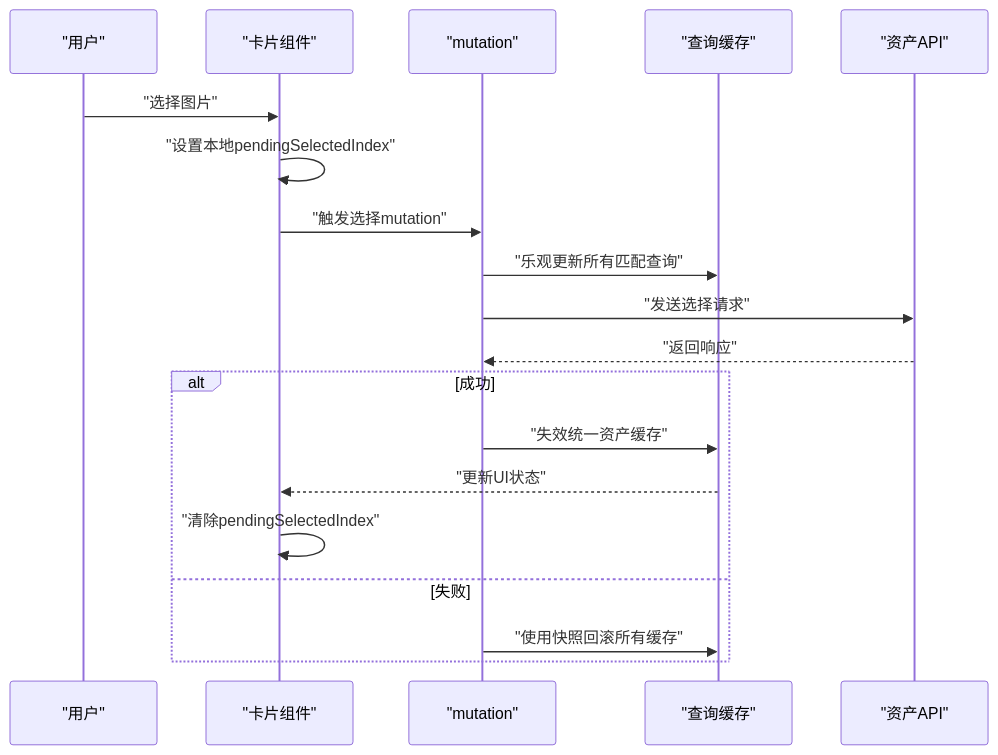
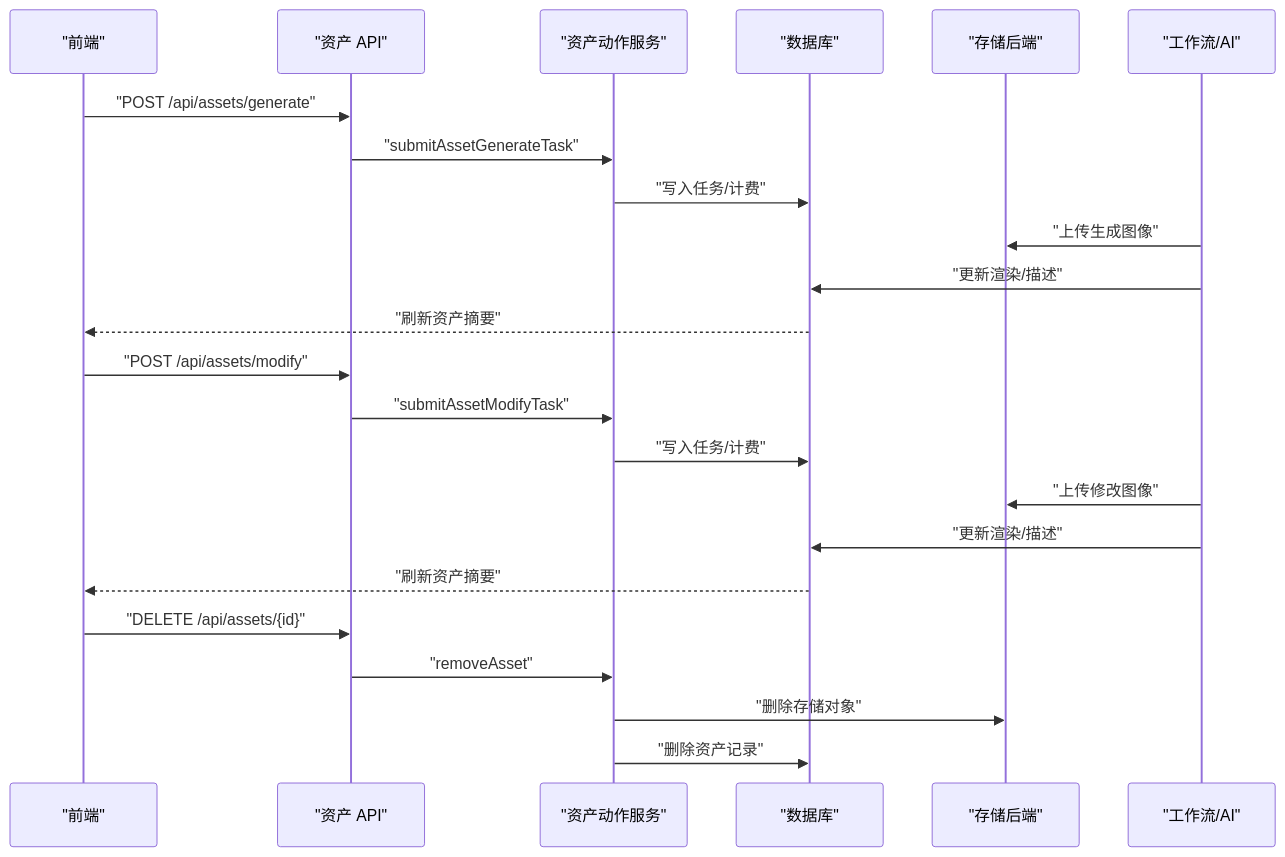
The fourth of 5 diagrams in .qoder/repowiki/zh/content/资产管理/资产管理.md (lyl2021/waoowaoo), drawn with Mermaid before and after one commit. The commit also changed other lines of this file and 25 other files, not shown here.

First line of the commit message:
fix: 图片生成最高质量 4K 支持与 LLM 视觉调用网络修复

````diff
--- a/.qoder/repowiki/zh/content/资产管理/资产管理.md
+++ b/.qoder/repowiki/zh/content/资产管理/资产管理.md
@@ -828,21 +229,25 @@
 ```mermaid
 sequenceDiagram
-participant User as "用户"
-participant Card as "卡片组件"
-participant Mutation as "mutation"
-participant Cache as "查询缓存"
-participant API as "资产API"
-User->>Card : "选择图片"
-Card->>Card : "设置本地pendingSelectedIndex"
-Card->>Mutation : "触发选择mutation"
-Mutation->>Cache : "乐观更新所有匹配查询"
-Mutation->>API : "发送选择请求"
-API-->>Mutation : "返回响应"
-alt 成功
-Mutation->>Cache : "失效统一资产缓存"
-Cache-->>Card : "更新UI状态"
-Card->>Card : "清除pendingSelectedIndex"
-else 失败
-Mutation->>Cache : "使用快照回滚所有缓存"
-end
+participant FE as "前端"
+participant API as "资产 API"
+participant Svc as "资产动作服务"
+participant DB as "数据库"
+participant Store as "存储后端"
+participant Worker as "工作流/AI"
+FE->>API : "POST /api/assets/generate"
+API->>Svc : "submitAssetGenerateTask"
+Svc->>DB : "写入任务/计费"
+Worker->>Store : "上传生成图像"
+Worker->>DB : "更新渲染/描述"
+DB-->>FE : "刷新资产摘要"
+FE->>API : "POST /api/assets/modify"
+API->>Svc : "submitAssetModifyTask"
+Svc->>DB : "写入任务/计费"
+Worker->>Store : "上传修改图像"
+Worker->>DB : "更新渲染/描述"
+DB-->>FE : "刷新资产摘要"
+FE->>API : "DELETE /api/assets/{id}"
+API->>Svc : "removeAsset"
+Svc->>Store : "删除存储对象"
+Svc->>DB : "删除资产记录"
 ```
````
